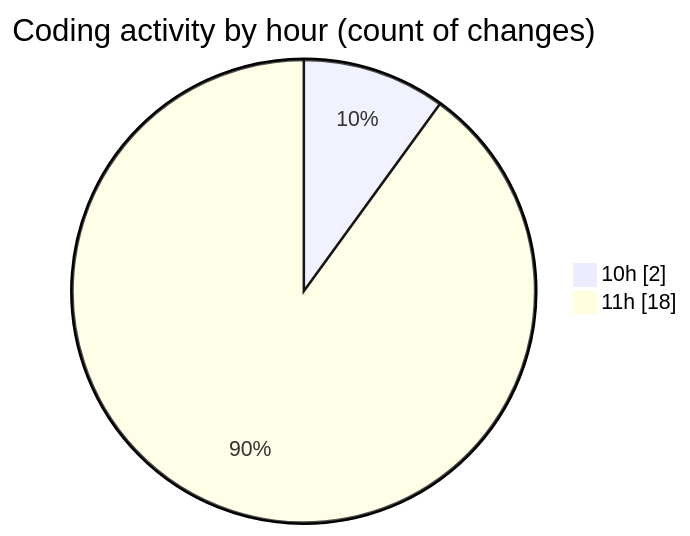
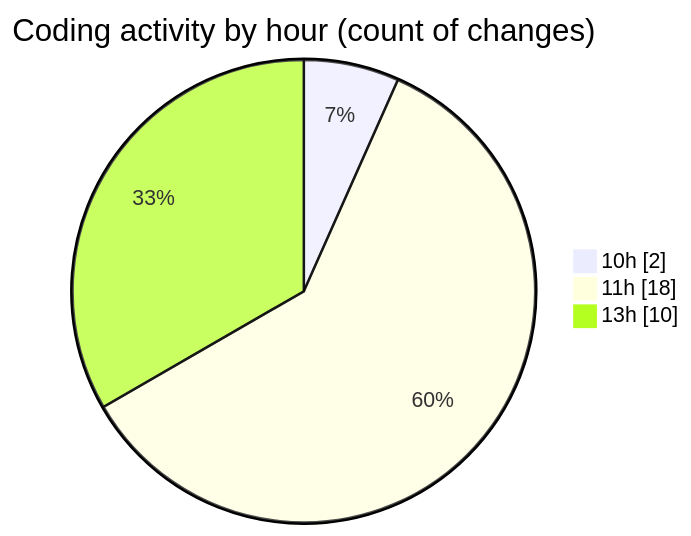
One commit to MatusMokan/code-tracking changed the second of 2 diagrams in 2025-03-17/myws__workspace_/README.md. Above: the diagram before and after it, drawn with Mermaid. The commit also changed other lines of this file and 1 other file, not shown here.

````diff
--- a/2025-03-17/myws__workspace_/README.md
+++ b/2025-03-17/myws__workspace_/README.md
@@ -29,6 +31,7 @@
 ```mermaid
 pie showData
 title Coding activity by hour (count of changes)
 "10h" : 2
 "11h" : 18
+"13h" : 10
 ```
````
